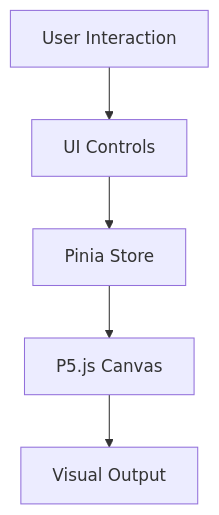
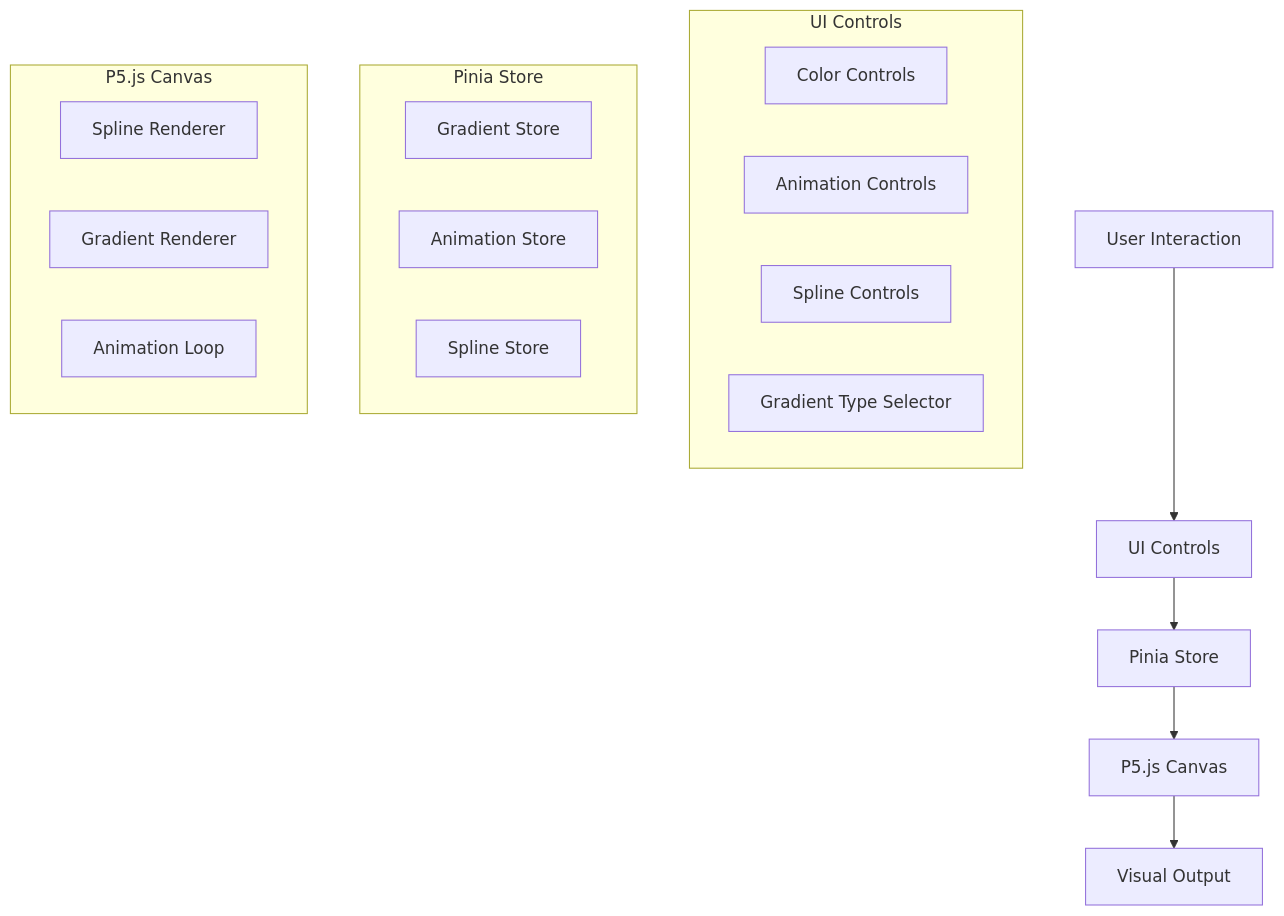
Before and after one commit to sjeibmann/Vue-P5js-Gradient-App: the third of 4 diagrams in cline_docs/systemPatterns.md, drawn with Mermaid. The commit also changed other lines of this file and 3 other files, not shown here.

````diff
--- a/cline_docs/systemPatterns.md
+++ b/cline_docs/systemPatterns.md
@@ -167,7 +229,26 @@
 ```mermaid
 flowchart TD
     User[User Interaction] --> Controls[UI Controls]
     Controls --> Store[Pinia Store]
     Store --> Canvas[P5.js Canvas]
     Canvas --> Visualization[Visual Output]
+    
+    subgraph "UI Controls"
+        ColorControls[Color Controls]
+        AnimationControls[Animation Controls]
+        SplineControls[Spline Controls]
+        GradientTypeSelector[Gradient Type Selector]
+    end
+    
+    subgraph "Pinia Store"
+        GradientStore[Gradient Store]
+        AnimationStore[Animation Store]
+        SplineStore[Spline Store]
+    end
+    
+    subgraph "P5.js Canvas"
+        SplineRenderer[Spline Renderer]
+        GradientRenderer[Gradient Renderer]
+        AnimationLoop[Animation Loop]
+    end
 ```
````
